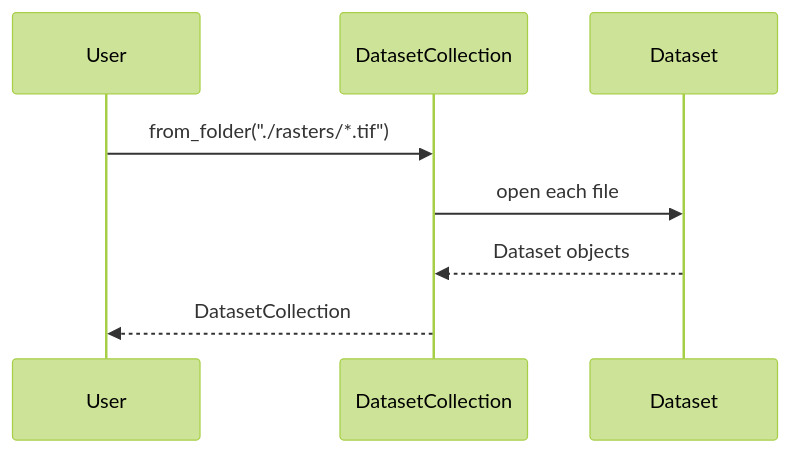
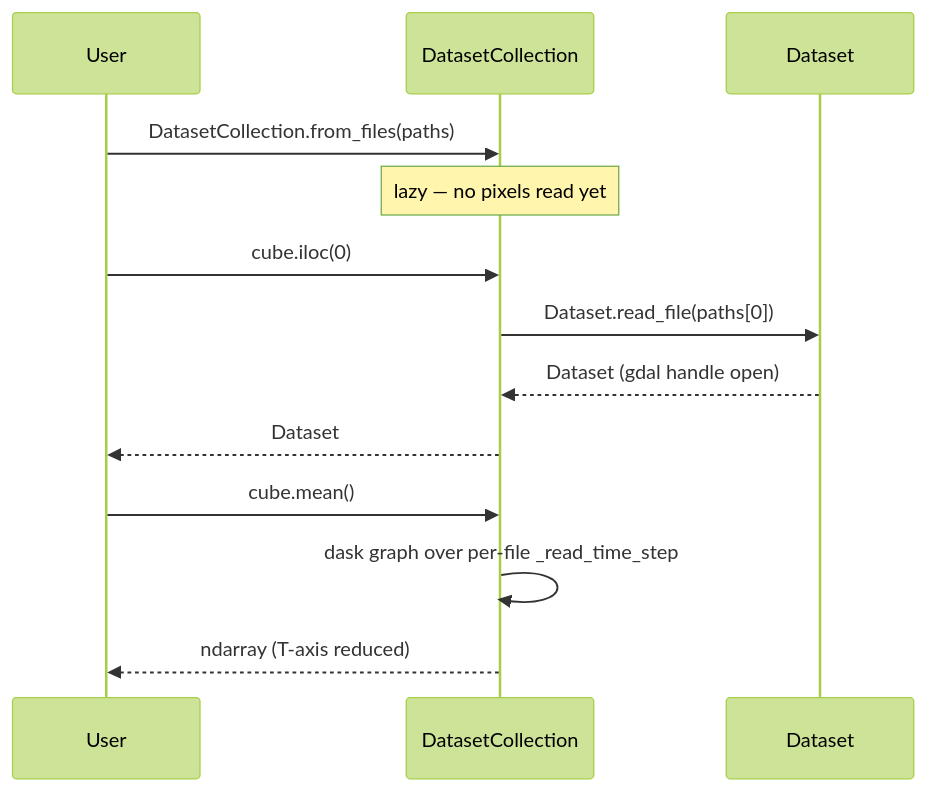
One commit to serapeum-org/pyramids changed the ninth of 13 diagrams in docs/architecture/diagrams.md. Above: the diagram before and after it, drawn with Mermaid (forest theme). The commit also changed other lines of this file and 3 other files, not shown here.

````diff
--- a/docs/architecture/diagrams.md
+++ b/docs/architecture/diagrams.md
@@ -104,10 +243,15 @@
 ```mermaid
 sequenceDiagram
   participant U as User
   participant DC as DatasetCollection
   participant DS as Dataset
-  U->>DC: from_folder("./rasters/*.tif")
-  DC->>DS: open each file
-  DS-->>DC: Dataset objects
-  DC-->>U: DatasetCollection
+  U->>DC: DatasetCollection.from_files(paths)
+  Note over DC: lazy — no pixels read yet
+  U->>DC: cube.iloc(0)
+  DC->>DS: Dataset.read_file(paths[0])
+  DS-->>DC: Dataset (gdal handle open)
+  DC-->>U: Dataset
+  U->>DC: cube.mean()
+  DC->>DC: dask graph over per-file _read_time_step
+  DC-->>U: ndarray (T-axis reduced)
 ```
````
